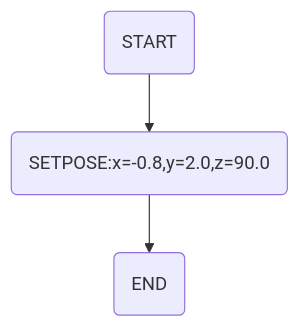
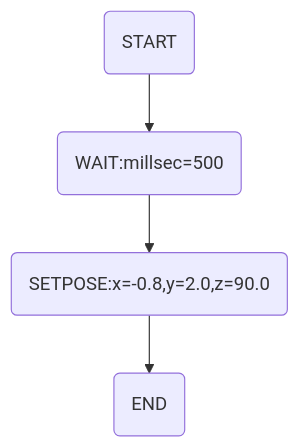
One commit to TakanoTaiga/roboware-neo.universe changed the diagram in launch/roboware_neo_launch/state_graph/scenario_simulation/avoidance.md. Above: the diagram before and after it, drawn with Mermaid. The commit also changed 3 other files, not shown here.

````diff
--- a/launch/roboware_neo_launch/state_graph/scenario_simulation/avoidance.md
+++ b/launch/roboware_neo_launch/state_graph/scenario_simulation/avoidance.md
@@ -1,5 +1,6 @@
 ```mermaid
 graph TB
-  START(START) --> SETPOSE.1(SETPOSE:x=-0.8,y=2.0,z=90.0)
+  START(START) --> start_wait(WAIT:millsec=500)
+  start_wait --> SETPOSE.1(SETPOSE:x=-0.8,y=2.0,z=90.0)
   SETPOSE.1 --> END(END)
 ```
````
